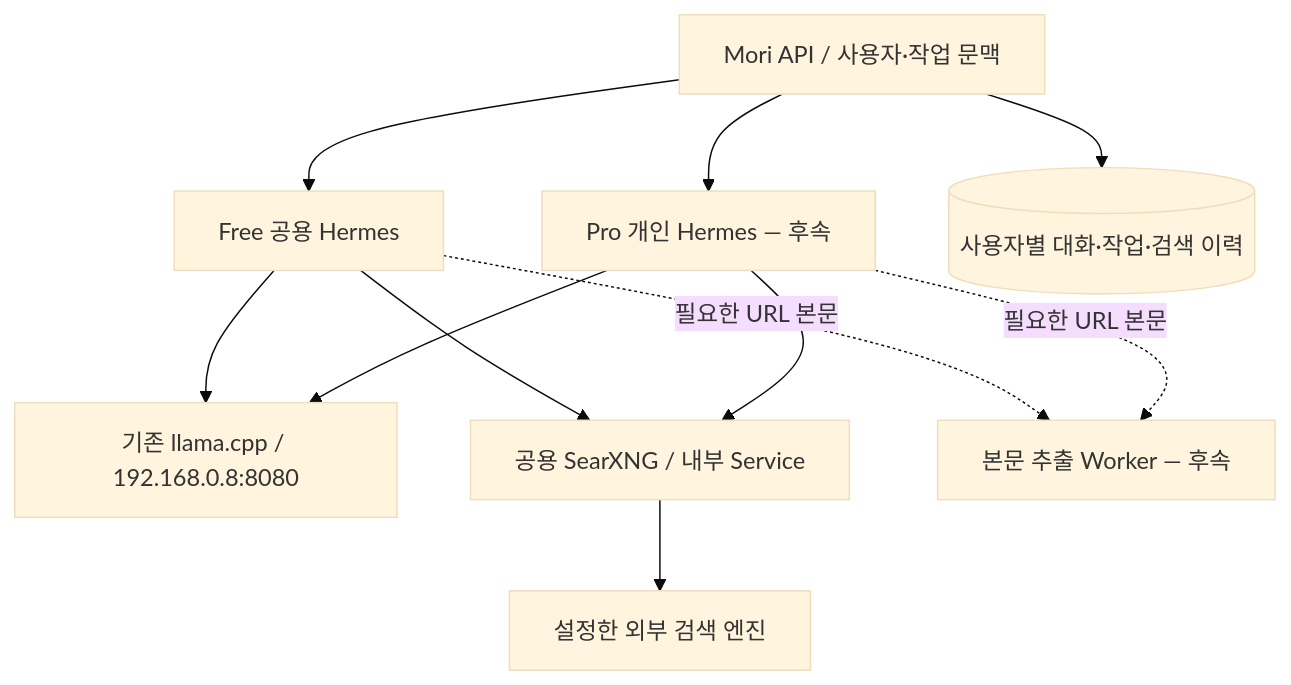
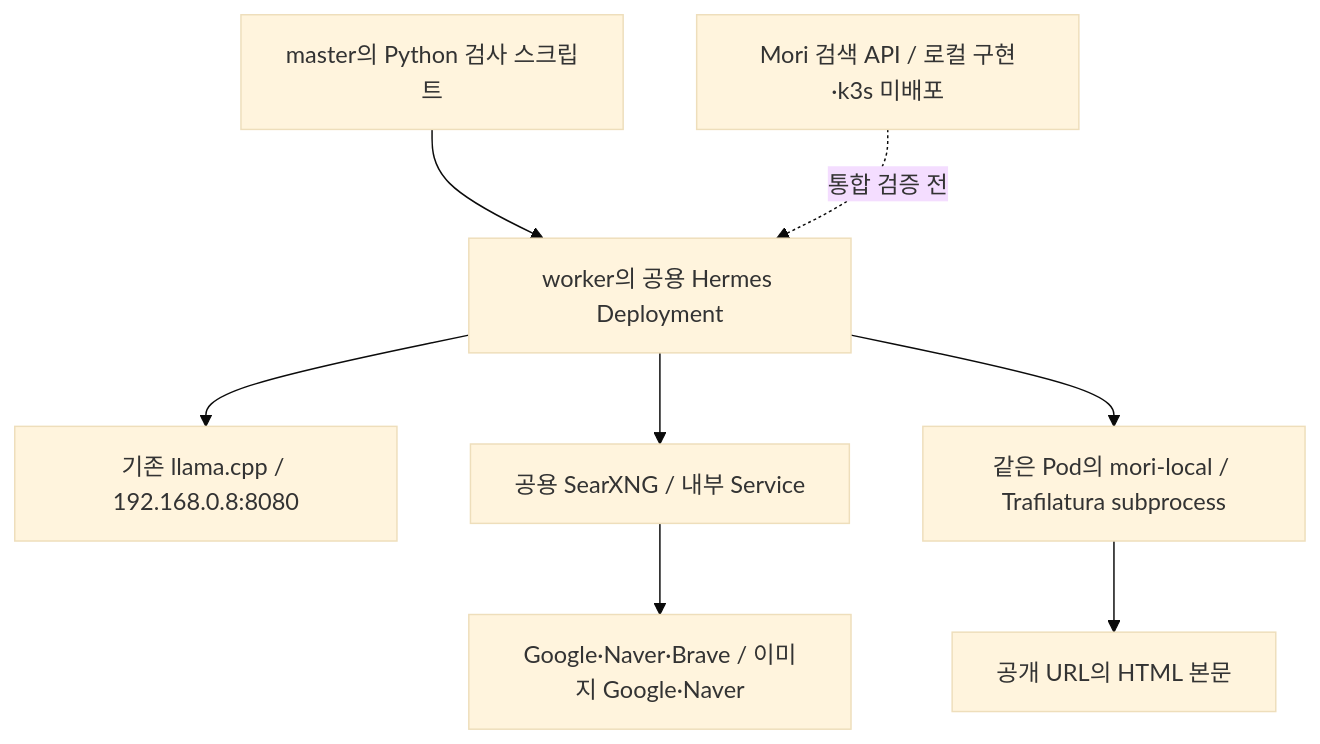
The diagram in architecture/hermes-search-runtime.md (dong7314/mori), drawn with Mermaid (base theme) before and after one commit. The commit also changed other lines of this file and 6 other files, not shown here.

````diff
--- a/architecture/hermes-search-runtime.md
+++ b/architecture/hermes-search-runtime.md
@@ -30,13 +31,10 @@
 ```mermaid
 flowchart TD
-    Mori[Mori API / 사용자·작업 문맥] --> Shared[Free 공용 Hermes]
-    Mori --> Personal[Pro 개인 Hermes — 후속]
+    Test[master의 Python 검사 스크립트] --> Shared[worker의 공용 Hermes Deployment]
+    Mori[Mori 검색 API / 로컬 구현·k3s 미배포] -. 통합 검증 전 .-> Shared
     Shared --> LLM[기존 llama.cpp / 192.168.0.8:8080]
-    Personal --> LLM
     Shared --> Search[공용 SearXNG / 내부 Service]
-    Personal --> Search
-    Search --> Upstream[설정한 외부 검색 엔진]
-    Shared -. 필요한 URL 본문 .-> Extract[본문 추출 Worker — 후속]
-    Personal -. 필요한 URL 본문 .-> Extract
-    Mori --> DB[(사용자별 대화·작업·검색 이력)]
+    Search --> Upstream[Google·Naver·Brave / 이미지 Google·Naver]
+    Shared --> Extract[같은 Pod의 mori-local / Trafilatura subprocess]
+    Extract --> Page[공개 URL의 HTML 본문]
 ```
````
